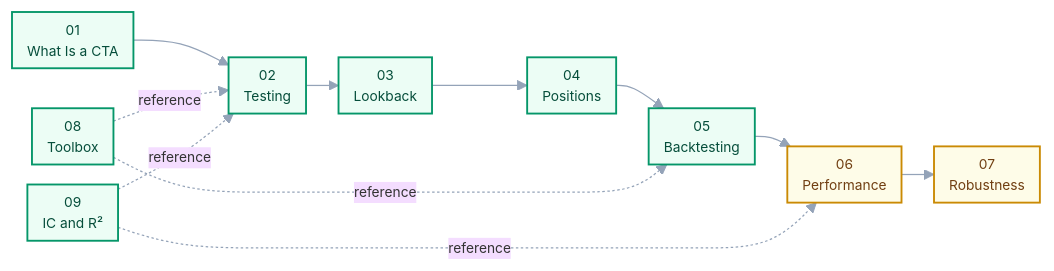
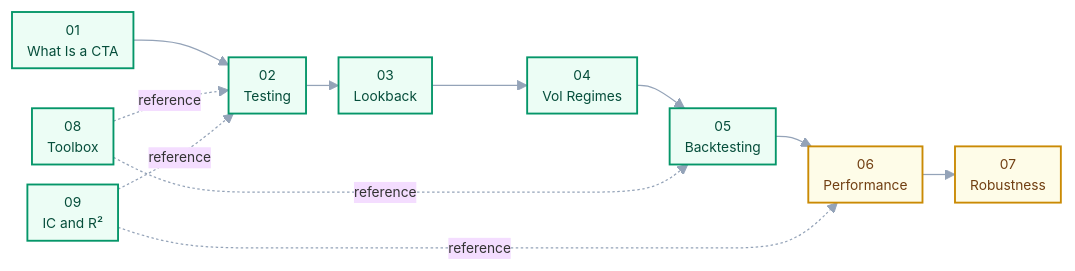
One commit to Harrybido2711/CTA_Strategy changed the diagram in docs/00-index.md. Above: the diagram before and after it, drawn with Mermaid. The commit also changed other lines of this file and 11 other files, not shown here.

````diff
--- a/docs/00-index.md
+++ b/docs/00-index.md
@@ -9,24 +9,24 @@
 ```mermaid
 %%{init: {'theme':'base','themeVariables':{'fontSize':'11px','lineColor':'#94a3b8'},'flowchart':{'nodeSpacing':16,'rankSpacing':26,'padding':6}}}%%
 flowchart LR
     C01["01<br/>What Is a CTA"]
     C02["02<br/>Testing"]
     C03["03<br/>Lookback"]
-    C04["04<br/>Positions"]
+    C04["04<br/>Vol Regimes"]
     C05["05<br/>Backtesting"]
     C06["06<br/>Performance"]
     C07["07<br/>Robustness"]
     C08["08<br/>Toolbox"]
     C09["09<br/>IC and R²"]
 
     C01 --> C02 --> C03 --> C04 --> C05 --> C06 --> C07
     C08 -. reference .-> C02
     C08 -. reference .-> C05
     C09 -. reference .-> C02
     C09 -. reference .-> C06
 
     classDef done fill:#ecfdf5,stroke:#059669,color:#064e3b,stroke-width:1.5px;
     classDef part fill:#fefce8,stroke:#ca8a04,color:#713f12,stroke-width:1.5px;
     class C01,C02,C03,C04,C05,C08,C09 done;
     class C06,C07 part;
 ```
````
